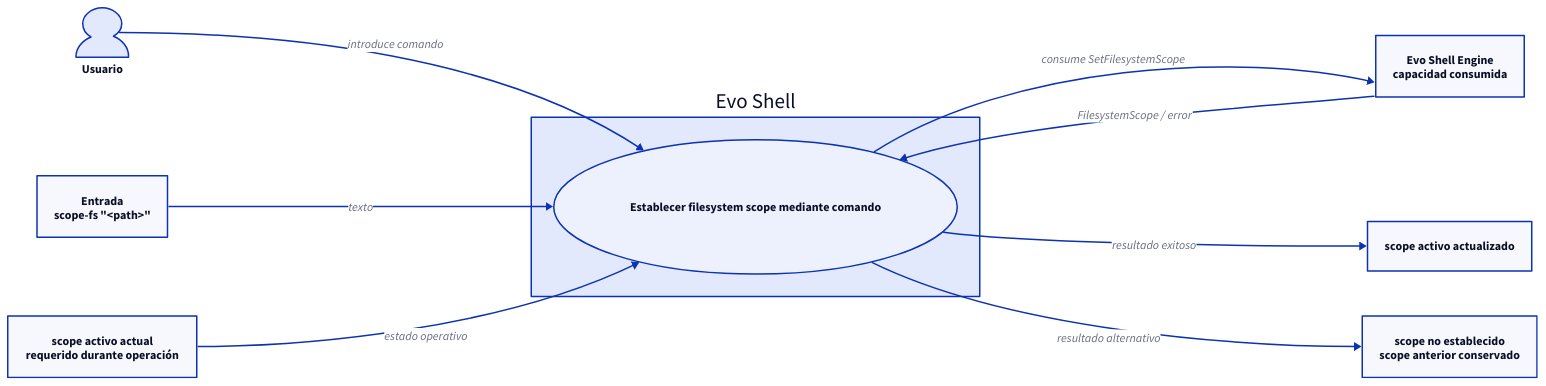
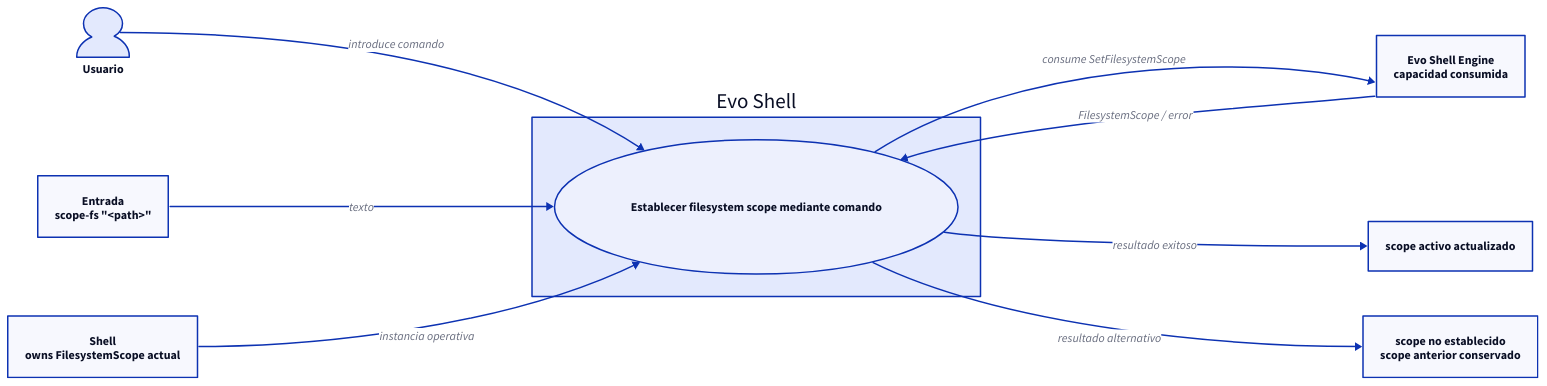
One commit to niqel/evolution changed the diagram in evo-shell/technical_documentation/use_cases/UC-001-set-filesystem-scope-command/use-case.d2. Above: the diagram before and after it, drawn with D2. The commit also changed 10 other files, not shown here.

Commit message:
docs: define shell initialization architecture

```diff
--- a/evo-shell/technical_documentation/use_cases/UC-001-set-filesystem-scope-command/use-case.d2
+++ b/evo-shell/technical_documentation/use_cases/UC-001-set-filesystem-scope-command/use-case.d2
@@ -1,41 +1,41 @@
 direction: right
 
 usuario: "Usuario" {
   shape: person
 }
 
 evo_shell: "Evo Shell" {
   shape: rectangle
 
   set_scope_command: "Establecer filesystem scope mediante comando" {
     shape: oval
   }
 }
 
 engine: "Evo Shell Engine\ncapacidad consumida" {
   shape: rectangle
 }
 
 entrada: "Entrada\nscope-fs \"<path>\"" {
   shape: rectangle
 }
 
 resultado_exitoso: "scope activo actualizado" {
   shape: rectangle
 }
 
 resultado_alternativo: "scope no establecido\nscope anterior conservado" {
   shape: rectangle
 }
 
-scope_actual: "scope activo actual\nrequerido durante operación" {
+shell: "Shell\nowns FilesystemScope actual" {
   shape: rectangle
 }
 
 usuario -> evo_shell.set_scope_command: "introduce comando"
 entrada -> evo_shell.set_scope_command: "texto"
-scope_actual -> evo_shell.set_scope_command: "estado operativo"
+shell -> evo_shell.set_scope_command: "instancia operativa"
 evo_shell.set_scope_command -> engine: "consume SetFilesystemScope"
 engine -> evo_shell.set_scope_command: "FilesystemScope / error"
 evo_shell.set_scope_command -> resultado_exitoso: "resultado exitoso"
 evo_shell.set_scope_command -> resultado_alternativo: "resultado alternativo"
```
